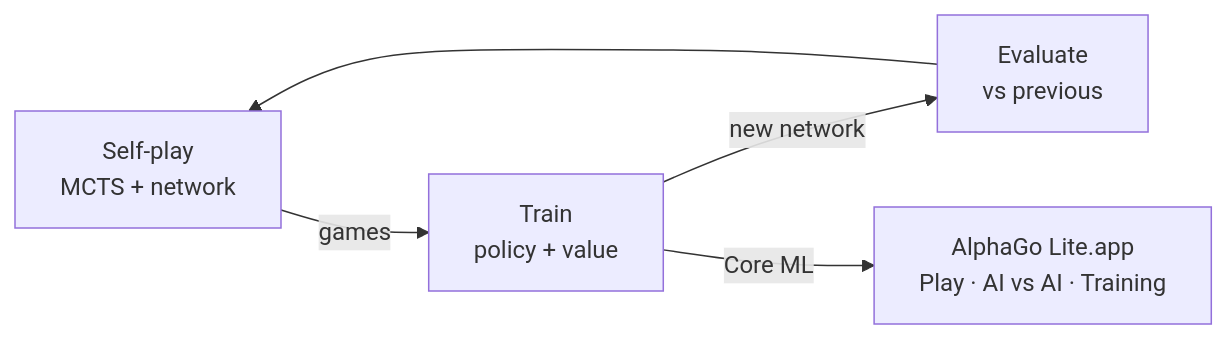
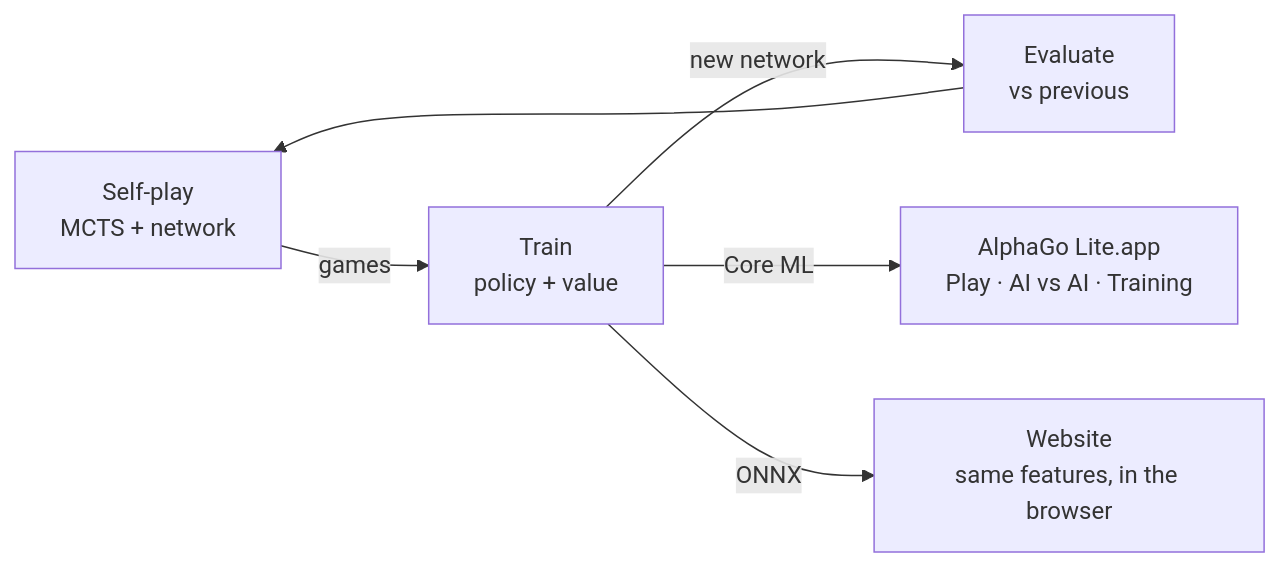
Before and after one commit to amalmehta/AlphaGoLite: the diagram in README.md, drawn with Mermaid. The commit also changed other lines of this file and 19 other files, not shown here.

````diff
--- a/README.md
+++ b/README.md
@@ -13,7 +13,8 @@
 ```mermaid
 flowchart LR
     A[Self-play<br/>MCTS + network] -->|games| B[Train<br/>policy + value]
     B -->|new network| C[Evaluate<br/>vs previous]
     C --> A
     B -->|Core ML| D[AlphaGo Lite.app<br/>Play · AI vs AI · Training]
+    B -->|ONNX| E[Website<br/>same features, in the browser]
 ```
````
